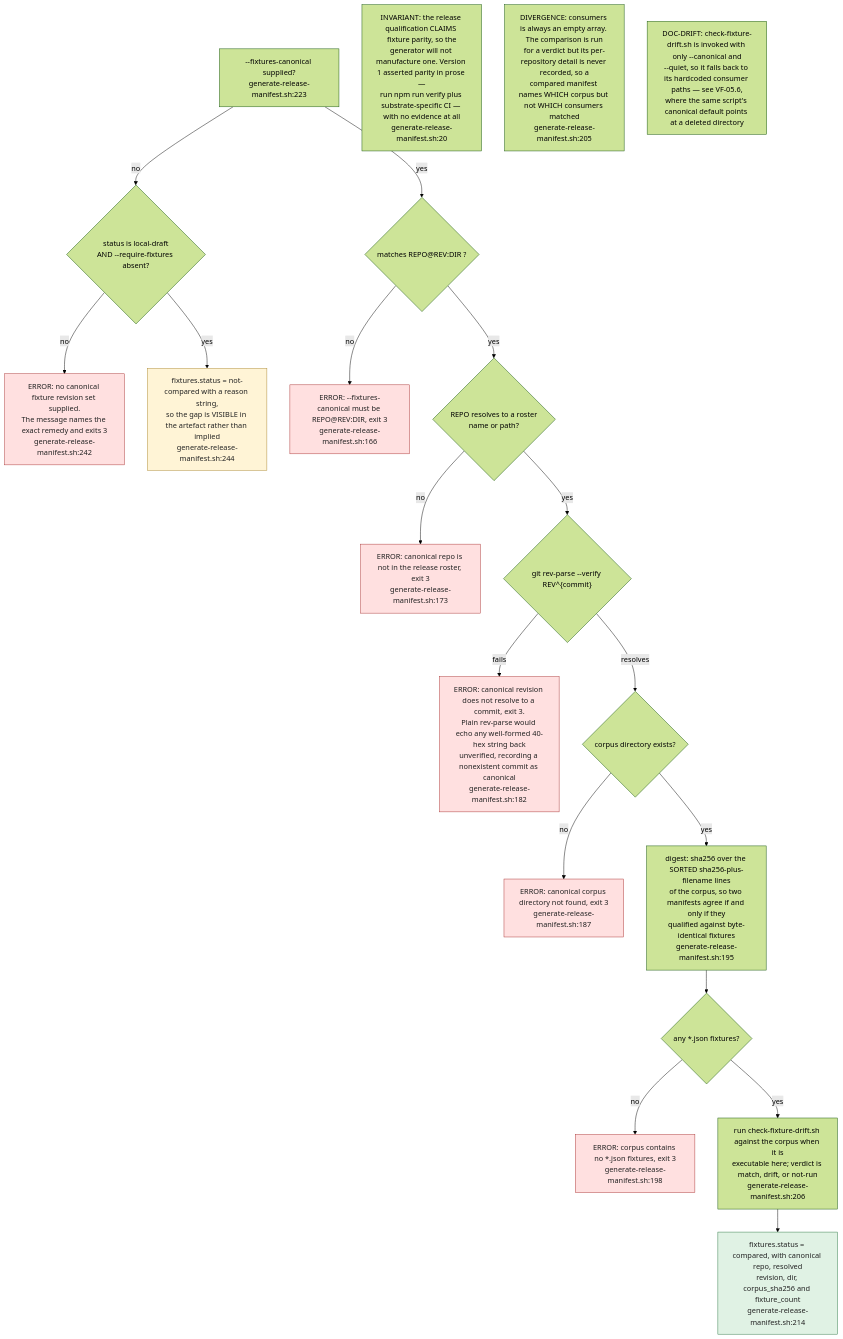
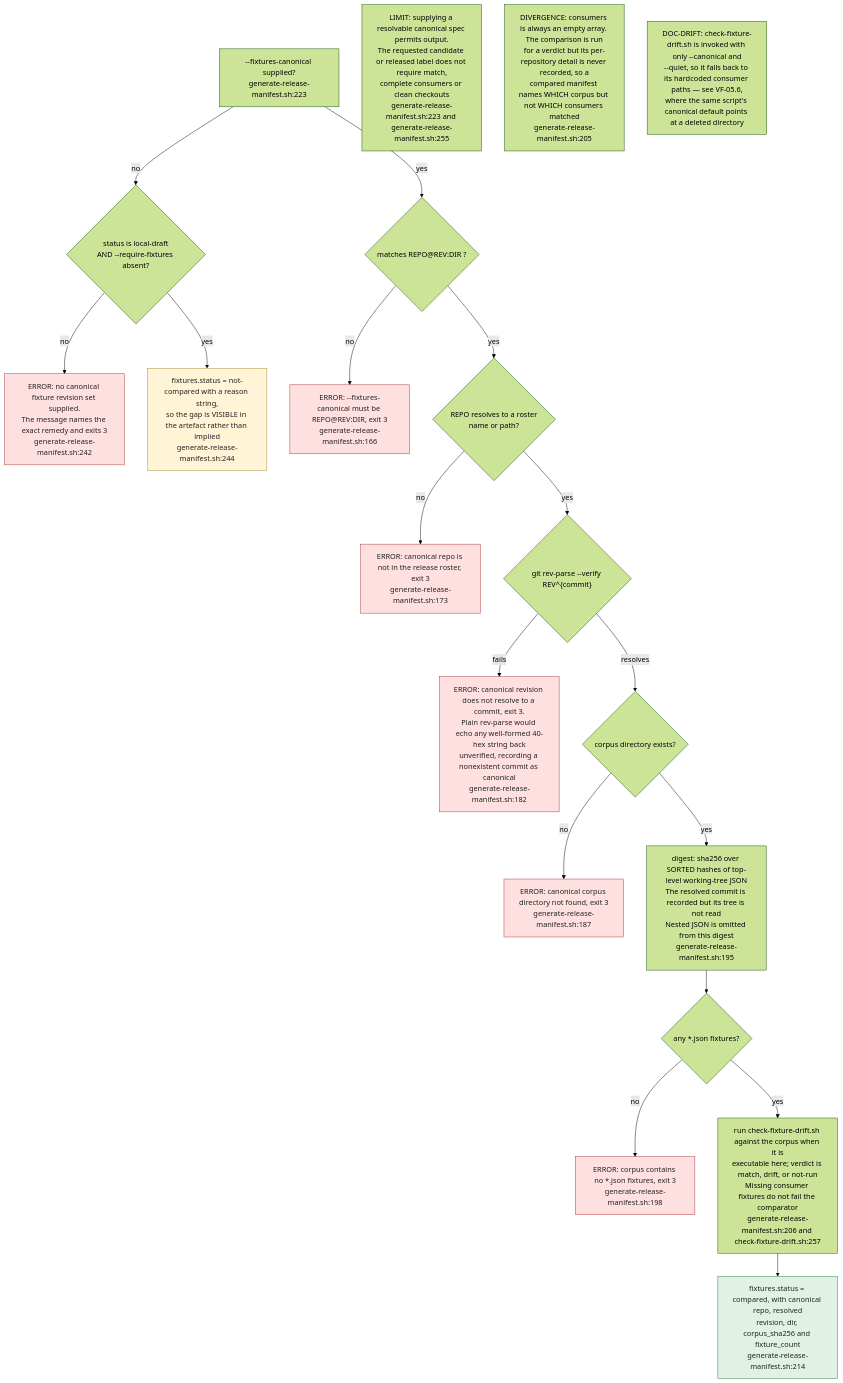
The third of 11 diagrams in docs/diagrams/visionflow/07-pitch-presentation-reports.md (DreamLab-AI/VisionFlow), drawn with Mermaid (forest theme) before and after one commit. The commit also changed other lines of this file and 5 other files, not shown here.

Commit message:
docs(audit): expose release fixture provenance and parity gaps

````diff
--- a/docs/diagrams/visionflow/07-pitch-presentation-reports.md
+++ b/docs/diagrams/visionflow/07-pitch-presentation-reports.md
@@ -114,31 +114,31 @@
 ```mermaid
 flowchart TB
     classDef refuse fill:#ffe0e0,stroke:#aa3333,color:#222
     classDef ok fill:#e0f2e4,stroke:#2f7a45,color:#222
     classDef honest fill:#fff4d6,stroke:#aa8833,color:#222
 
     START["--fixtures-canonical supplied?<br/>generate-release-manifest.sh:223"] -->|no| Q1{"status is local-draft<br/>AND --require-fixtures absent?"}
 
     Q1 -->|no| REF["ERROR: no canonical fixture revision set supplied.<br/>The message names the exact remedy and exits 3<br/>generate-release-manifest.sh:242"]:::refuse
     Q1 -->|yes| DRAFT["fixtures.status = not-compared with a reason string,<br/>so the gap is VISIBLE in the artefact rather than implied<br/>generate-release-manifest.sh:244"]:::honest
 
     START -->|yes| PARSE{"matches REPO@REV:DIR ?"}
     PARSE -->|no| E1["ERROR: --fixtures-canonical must be REPO@REV:DIR, exit 3<br/>generate-release-manifest.sh:166"]:::refuse
     PARSE -->|yes| ROSTER{"REPO resolves to a roster<br/>name or path?"}
     ROSTER -->|no| E2["ERROR: canonical repo is not in the release roster, exit 3<br/>generate-release-manifest.sh:173"]:::refuse
     ROSTER -->|yes| REV{"git rev-parse --verify REV^{commit}"}
     REV -->|"fails"| E3["ERROR: canonical revision does not resolve to a commit, exit 3.<br/>Plain rev-parse would echo any well-formed 40-hex string back<br/>unverified, recording a nonexistent commit as canonical<br/>generate-release-manifest.sh:182"]:::refuse
     REV -->|"resolves"| DIR{"corpus directory exists?"}
     DIR -->|no| E4["ERROR: canonical corpus directory not found, exit 3<br/>generate-release-manifest.sh:187"]:::refuse
-    DIR -->|yes| DIG["digest: sha256 over the SORTED sha256-plus-filename lines<br/>of the corpus, so two manifests agree if and only if they<br/>qualified against byte-identical fixtures<br/>generate-release-manifest.sh:195"]
+    DIR -->|yes| DIG["digest: sha256 over SORTED hashes of top-level working-tree JSON<br/>The resolved commit is recorded but its tree is not read<br/>Nested JSON is omitted from this digest<br/>generate-release-manifest.sh:195"]
     DIG --> CNT{"any *.json fixtures?"}
     CNT -->|no| E5["ERROR: corpus contains no *.json fixtures, exit 3<br/>generate-release-manifest.sh:198"]:::refuse
-    CNT -->|yes| CMP["run check-fixture-drift.sh against the corpus when it is<br/>executable here; verdict is match, drift, or not-run<br/>generate-release-manifest.sh:206"]
+    CNT -->|yes| CMP["run check-fixture-drift.sh against the corpus when it is<br/>executable here; verdict is match, drift, or not-run<br/>Missing consumer fixtures do not fail the comparator<br/>generate-release-manifest.sh:206 and check-fixture-drift.sh:257"]
     CMP --> OUT["fixtures.status = compared, with canonical repo, resolved<br/>revision, dir, corpus_sha256 and fixture_count<br/>generate-release-manifest.sh:214"]:::ok
 
-    NOTE["INVARIANT: the release qualification CLAIMS fixture parity, so the<br/>generator will not manufacture one. Version 1 asserted parity in prose —<br/>run npm run verify plus substrate-specific CI — with no evidence at all<br/>generate-release-manifest.sh:20"]
+    NOTE["LIMIT: supplying a resolvable canonical spec permits output.<br/>The requested candidate or released label does not require match,<br/>complete consumers or clean checkouts<br/>generate-release-manifest.sh:223 and generate-release-manifest.sh:255"]
 
     NOTE2["DIVERGENCE: consumers is always an empty array. The comparison is run<br/>for a verdict but its per-repository detail is never recorded, so a<br/>compared manifest names WHICH corpus but not WHICH consumers matched<br/>generate-release-manifest.sh:205"]
 
     NOTE3["DOC-DRIFT: check-fixture-drift.sh is invoked with only --canonical and<br/>--quiet, so it falls back to its hardcoded consumer paths — see VF-05.6,<br/>where the same script's canonical default points at a deleted directory"]
 ```
````
